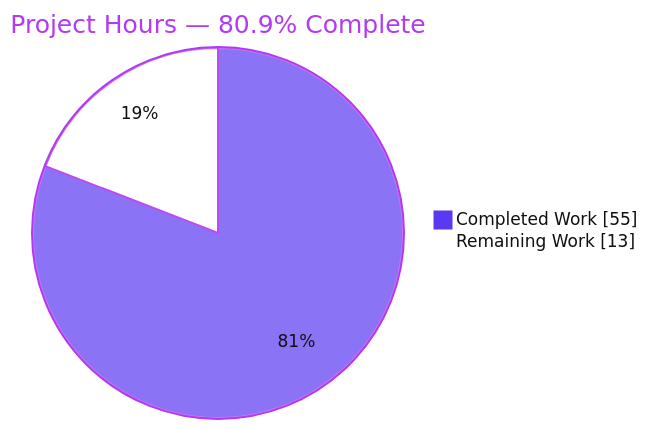
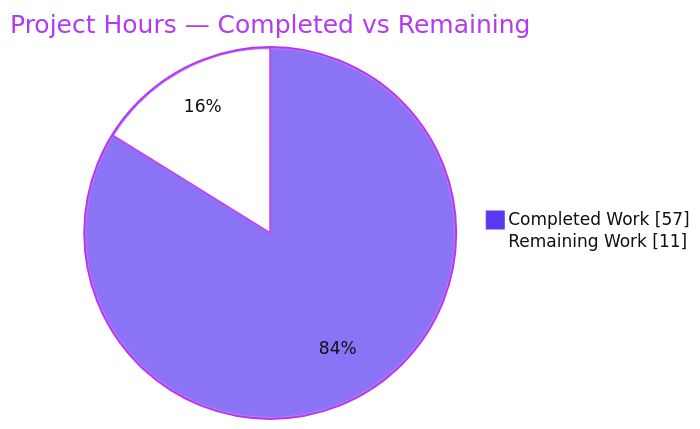
The second of 4 diagrams in blitzy/documentation/Project Guide.md (blitzy-public-samples/ecommerce-shop), drawn with Mermaid before and after one commit. The commit also changed other lines of this file, not shown here.

Commit message:
Adding Blitzy Project Guide: Project Status and Human Tasks Remaining

````diff
--- a/blitzy/documentation/Project Guide.md
+++ b/blitzy/documentation/Project Guide.md
@@ -201,6 +229,6 @@
 ```mermaid
 %%{init: {'theme':'base', 'themeVariables': {'pie1':'#5B39F3','pie2':'#FFFFFF','pieStrokeColor':'#B23AF2','pieOuterStrokeColor':'#B23AF2','pieTitleTextColor':'#B23AF2','pieSectionTextColor':'#111111','pieLegendTextColor':'#111111','pieStrokeWidth':'2px'}}}%%
-pie showData title Project Hours — 80.9% Complete
-    "Completed Work" : 55
-    "Remaining Work" : 13
+pie showData title Project Hours — Completed vs Remaining
+    "Completed Work" : 57
+    "Remaining Work" : 11
 ```
````
